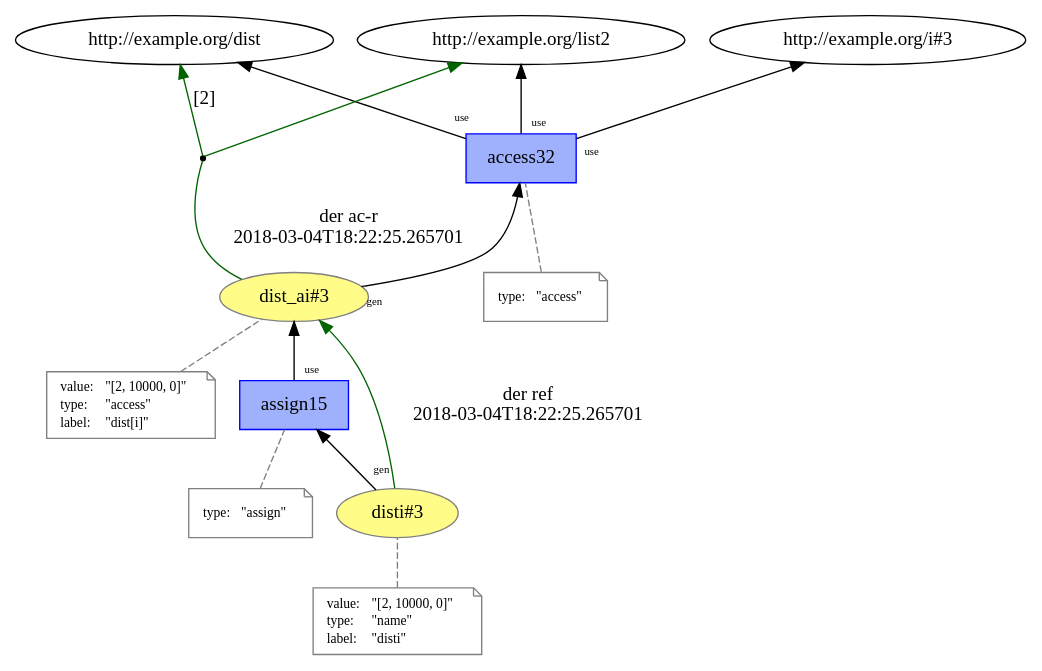
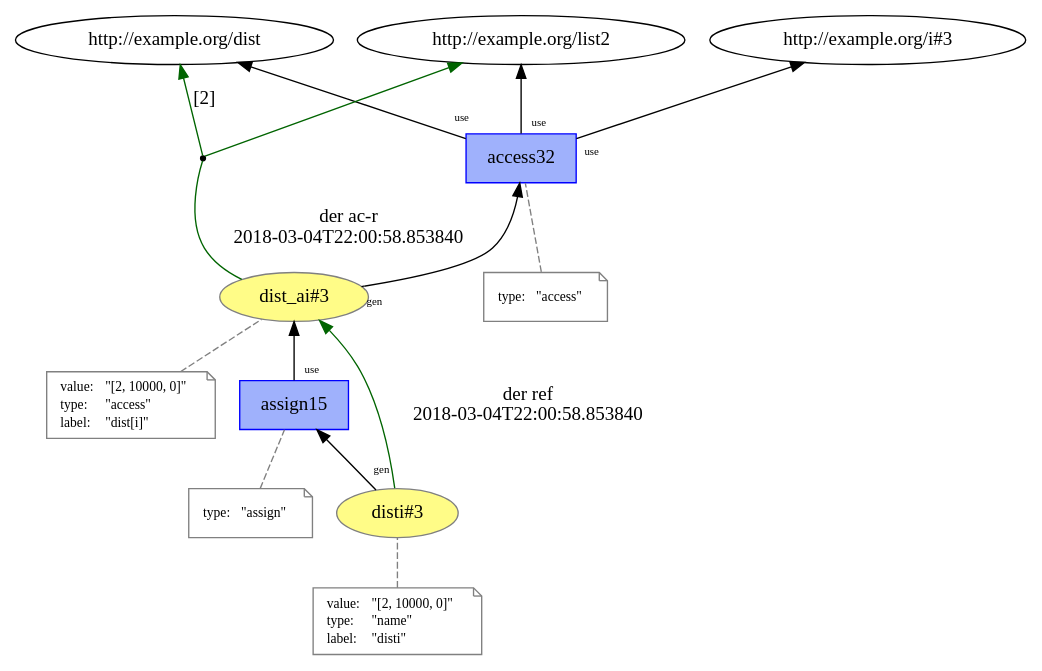
One commit to dew-uff/versioned-prov changed the diagram in images/intertwined_prov/temp/L12__access__assign_3.dot. Above: the diagram before and after it, drawn with Graphviz. The commit also changed 368 other files, not shown here.

```diff
--- a/images/intertwined_prov/temp/L12__access__assign_3.dot
+++ b/images/intertwined_prov/temp/L12__access__assign_3.dot
@@ -1,63 +1,63 @@
 digraph "PROV" { size="16,12"; rankdir="BT";
 "http://example.org/dist_ai#3" [fillcolor="#FFFC87",color="#808080",style="filled",label="dist_ai#3",URL="http://example.org/dist_ai#3"]
 "-attrs0" [color="gray",shape="note",fontsize="10",fontcolor="black",label=<<TABLE cellpadding="0" border="0">
 	<TR>
 	    <TD align="left">value:</TD>
 	    <TD align="left">&quot;[2, 10000, 0]&quot;</TD>
 	</TR>
 	<TR>
 	    <TD align="left">type:</TD>
 	    <TD align="left">&quot;access&quot;</TD>
 	</TR>
 	<TR>
 	    <TD align="left">label:</TD>
 	    <TD align="left">&quot;dist[i]&quot;</TD>
 	</TR>
 </TABLE>>]
 "-attrs0" -> "http://example.org/dist_ai#3" [color="gray",style="dashed",arrowhead="none"]
 "http://example.org/access32" [fillcolor="#9FB1FC",color="#0000FF",shape="polygon",sides="4",style="filled",label="access32",URL="http://example.org/access32"]
 "-attrs1" [color="gray",shape="note",fontsize="10",fontcolor="black",label=<<TABLE cellpadding="0" border="0">
 	<TR>
 	    <TD align="left">type:</TD>
 	    <TD align="left">&quot;access&quot;</TD>
 	</TR>
 </TABLE>>]
 "-attrs1" -> "http://example.org/access32" [color="gray",style="dashed",arrowhead="none"]
 "http://example.org/access32" -> "http://example.org/list2" [labelfontsize="8",labeldistance="1.5",labelangle="60.0",rotation="20",taillabel="use"]
 "bn0" [shape="point",label=""]
 "http://example.org/dist_ai#3" -> "bn0" [arrowhead="none",color="darkgreen",label="der ac-r
-2018-03-04T18:22:25.265701"]
+2018-03-04T22:00:58.853840"]
 "bn0" -> "http://example.org/dist" [labelfontsize="8",labeldistance="1.5",color="darkgreen",labelangle="60.0",rotation="20",label="[2]"]
 "bn0" -> "http://example.org/list2" [color="darkgreen"]
 "http://example.org/dist_ai#3" -> "http://example.org/access32" [labelfontsize="8",labeldistance="1.5",labelangle="60.0",rotation="20",taillabel="gen"]
 "http://example.org/access32" -> "http://example.org/dist" [labelfontsize="8",labeldistance="1.5",labelangle="60.0",rotation="20",taillabel="use"]
 "http://example.org/access32" -> "http://example.org/i#3" [labelfontsize="8",labeldistance="1.5",labelangle="60.0",rotation="20",taillabel="use"]
 "http://example.org/disti#3" [fillcolor="#FFFC87",color="#808080",style="filled",label="disti#3",URL="http://example.org/disti#3"]
 "-attrs2" [color="gray",shape="note",fontsize="10",fontcolor="black",label=<<TABLE cellpadding="0" border="0">
 	<TR>
 	    <TD align="left">value:</TD>
 	    <TD align="left">&quot;[2, 10000, 0]&quot;</TD>
 	</TR>
 	<TR>
 	    <TD align="left">type:</TD>
 	    <TD align="left">&quot;name&quot;</TD>
 	</TR>
 	<TR>
 	    <TD align="left">label:</TD>
 	    <TD align="left">&quot;disti&quot;</TD>
 	</TR>
 </TABLE>>]
 "-attrs2" -> "http://example.org/disti#3" [color="gray",style="dashed",arrowhead="none"]
 "http://example.org/assign15" [fillcolor="#9FB1FC",color="#0000FF",shape="polygon",sides="4",style="filled",label="assign15",URL="http://example.org/assign15"]
 "-attrs3" [color="gray",shape="note",fontsize="10",fontcolor="black",label=<<TABLE cellpadding="0" border="0">
 	<TR>
 	    <TD align="left">type:</TD>
 	    <TD align="left">&quot;assign&quot;</TD>
 	</TR>
 </TABLE>>]
 "-attrs3" -> "http://example.org/assign15" [color="gray",style="dashed",arrowhead="none"]
 "http://example.org/assign15" -> "http://example.org/dist_ai#3" [labelfontsize="8",labeldistance="1.5",labelangle="60.0",rotation="20",taillabel="use"]
 "http://example.org/disti#3" -> "http://example.org/dist_ai#3" [labelfontsize="8",labeldistance="1.5",color="darkgreen",labelangle="60.0",rotation="20",label="der ref
-2018-03-04T18:22:25.265701"]
+2018-03-04T22:00:58.853840"]
 "http://example.org/disti#3" -> "http://example.org/assign15" [labelfontsize="8",labeldistance="1.5",labelangle="60.0",rotation="20",taillabel="gen"]
 }
```
